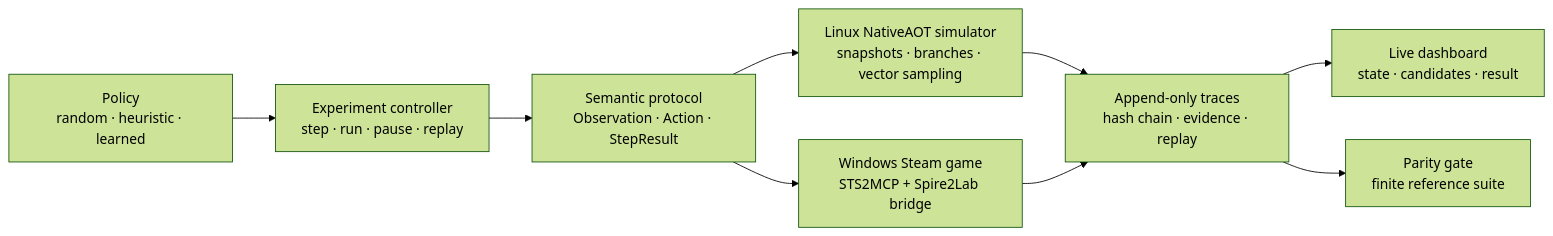
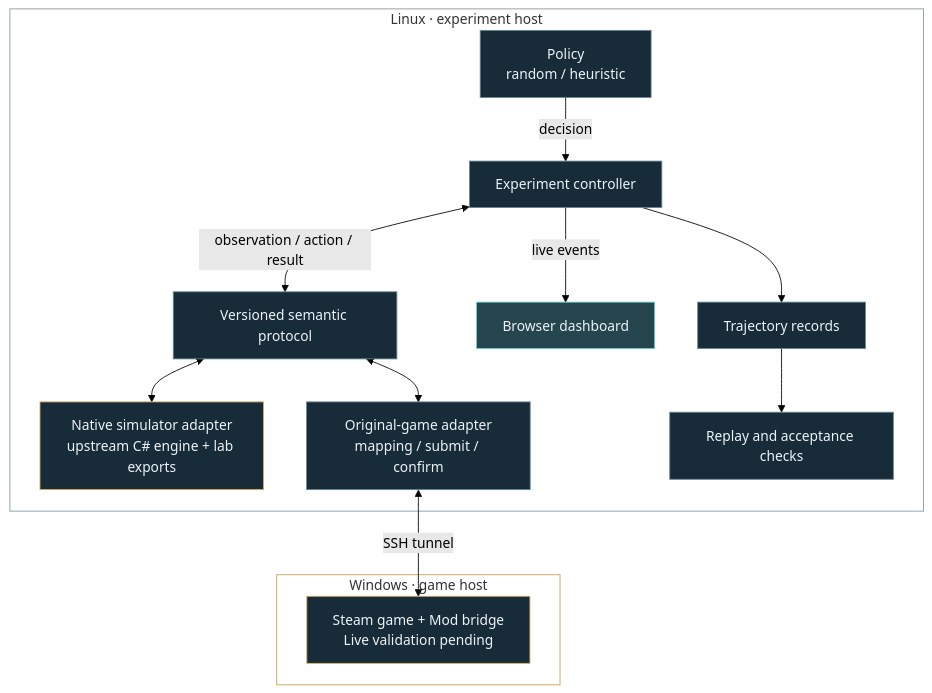
Before and after one commit to Lidz-abel/Spire2Lab: the diagram in README.md, drawn with Mermaid (forest theme). The commit also changed other lines of this file and 8 other files, not shown here.

First line of the commit message:
docs: introduce Spire2Lab visual identity and research README

````diff
--- a/README.md
+++ b/README.md
@@ -59,19 +50,23 @@
 ```mermaid
-flowchart LR
-    P["Policy\nrandom · heuristic · learned"]
-    O["Experiment controller\nstep · run · pause · replay"]
-    C["Semantic protocol\nObservation · Action · StepResult"]
-    S["Linux NativeAOT simulator\nsnapshots · branches · vector sampling"]
-    G["Windows Steam game\nSTS2MCP + Spire2Lab bridge"]
-    T["Append-only traces\nhash chain · evidence · replay"]
-    D["Live dashboard\nstate · candidates · result"]
-    V["Parity gate\nfinite reference suite"]
-
-    P --> O --> C
-    C --> S
-    C --> G
-    S --> T
-    G --> T
-    T --> D
-    T --> V
+flowchart TB
+    subgraph linux["Linux · experiment host"]
+        P["Policy<br/>random / heuristic"] -->|decision| R["Experiment controller"]
+        R <-->|observation / action / result| C["Versioned semantic protocol"]
+        C <--> S["Native simulator adapter<br/>upstream C# engine + lab exports"]
+        C <--> O["Original-game adapter<br/>mapping / submit / confirm"]
+        R -->|live events| D["Browser dashboard"]
+        R --> T["Trajectory records"]
+        T --> V["Replay and acceptance checks"]
+    end
+    subgraph windows["Windows · game host"]
+        G["Steam game + Mod bridge<br/>Live validation pending"]
+    end
+    O <-->|SSH tunnel| G
+    classDef default fill:#172B38,stroke:#688592,color:#EDF3F7
+    classDef observed fill:#25464E,stroke:#6ECFC8,color:#EDF3F7
+    classDef game fill:#172B38,stroke:#D5B168,color:#EDF3F7
+    class D observed
+    class S,G game
+    style linux fill:transparent,stroke:#8397A2
+    style windows fill:transparent,stroke:#C69E51
 ```
````
